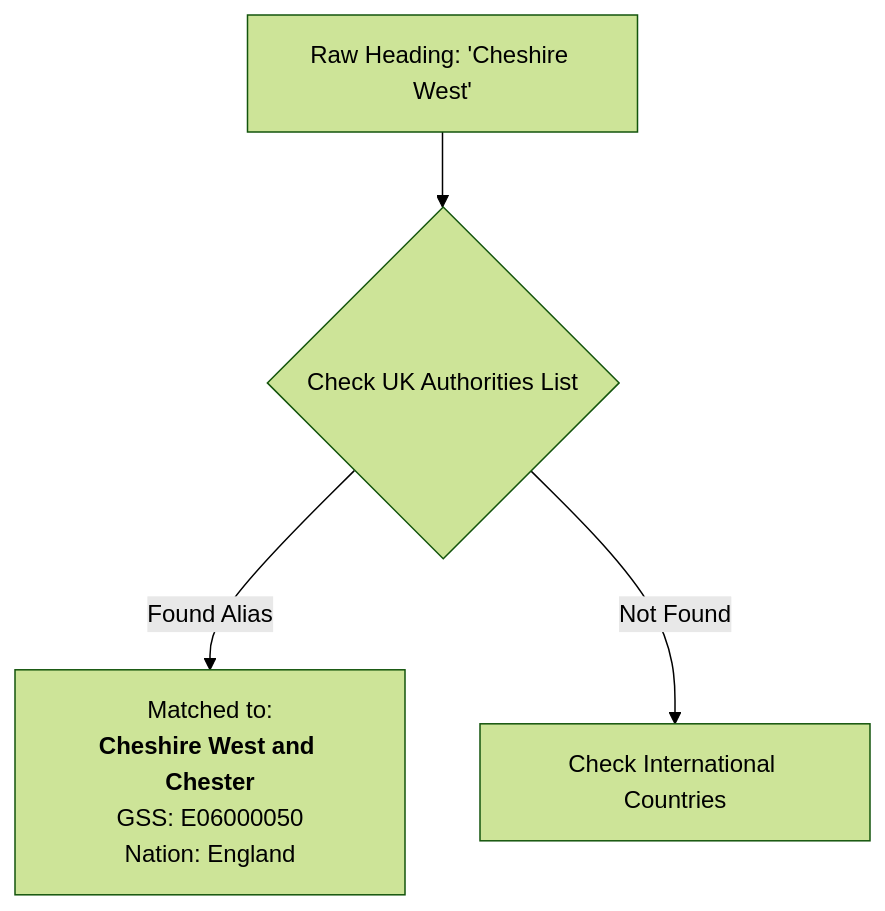
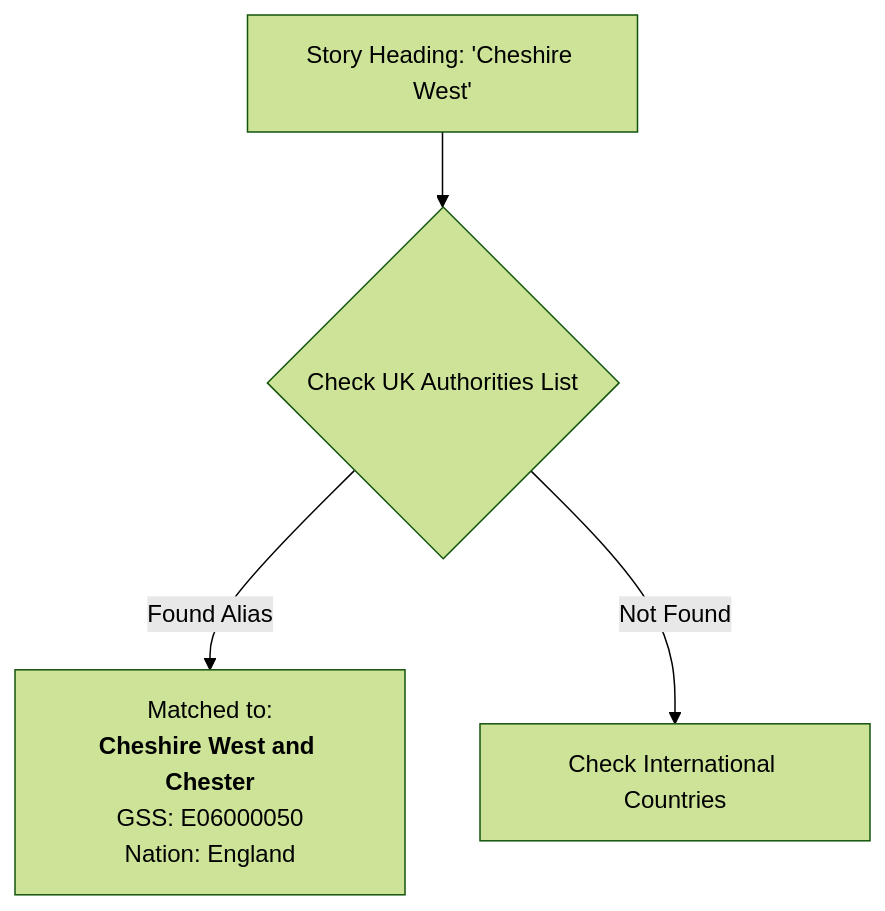
One commit to LibrariesHacked/public-libraries-news changed the first of 2 diagrams in docs/entity-matching.md. Above: the diagram before and after it, drawn with Mermaid (forest theme). The commit also changed other lines of this file and 25 other files, not shown here.

````diff
--- a/docs/entity-matching.md
+++ b/docs/entity-matching.md
@@ -19,6 +29,6 @@
 ```mermaid
 flowchart TD
-    A["Raw Heading: 'Cheshire West'"] --> B{"Check UK Authorities List"}
+    A["Story Heading: 'Cheshire West'"] --> B{"Check UK Authorities List"}
     B -->|Found Alias| C["Matched to:<br/><b>Cheshire West and Chester</b><br/>GSS: E06000050<br/>Nation: England"]
     B -->|Not Found| D["Check International Countries"]
 ```
````
